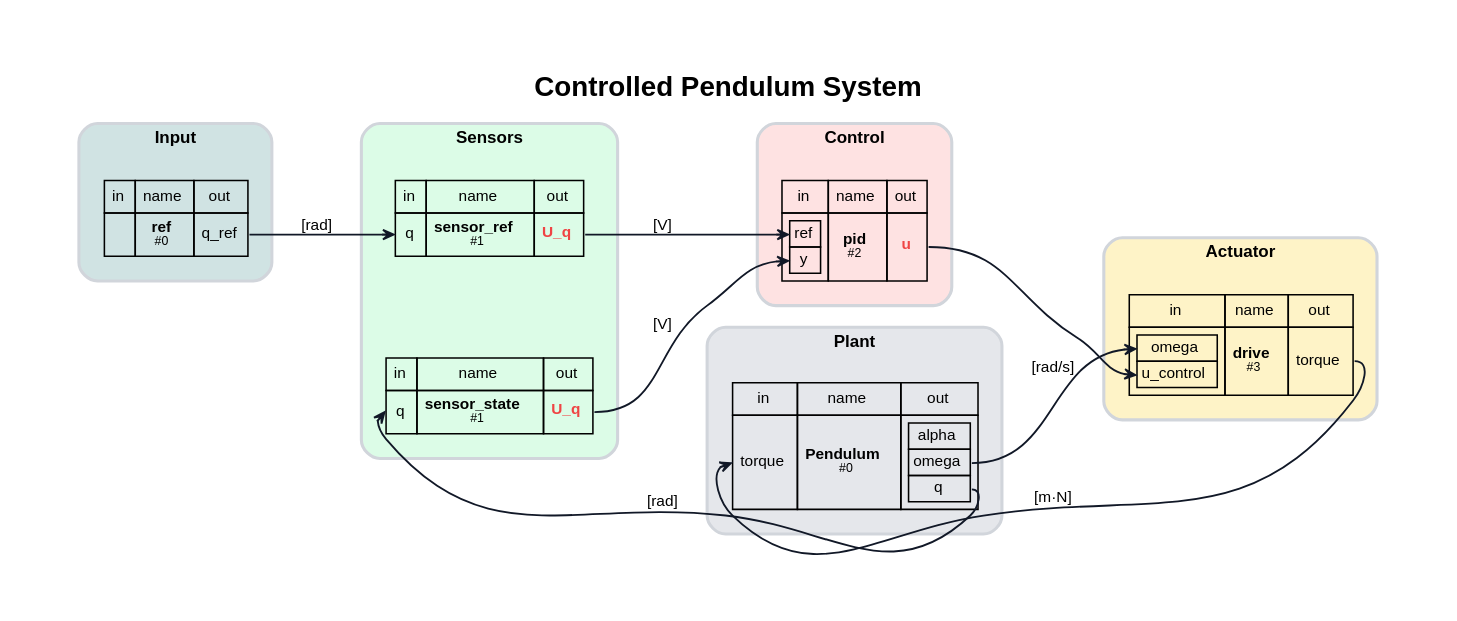
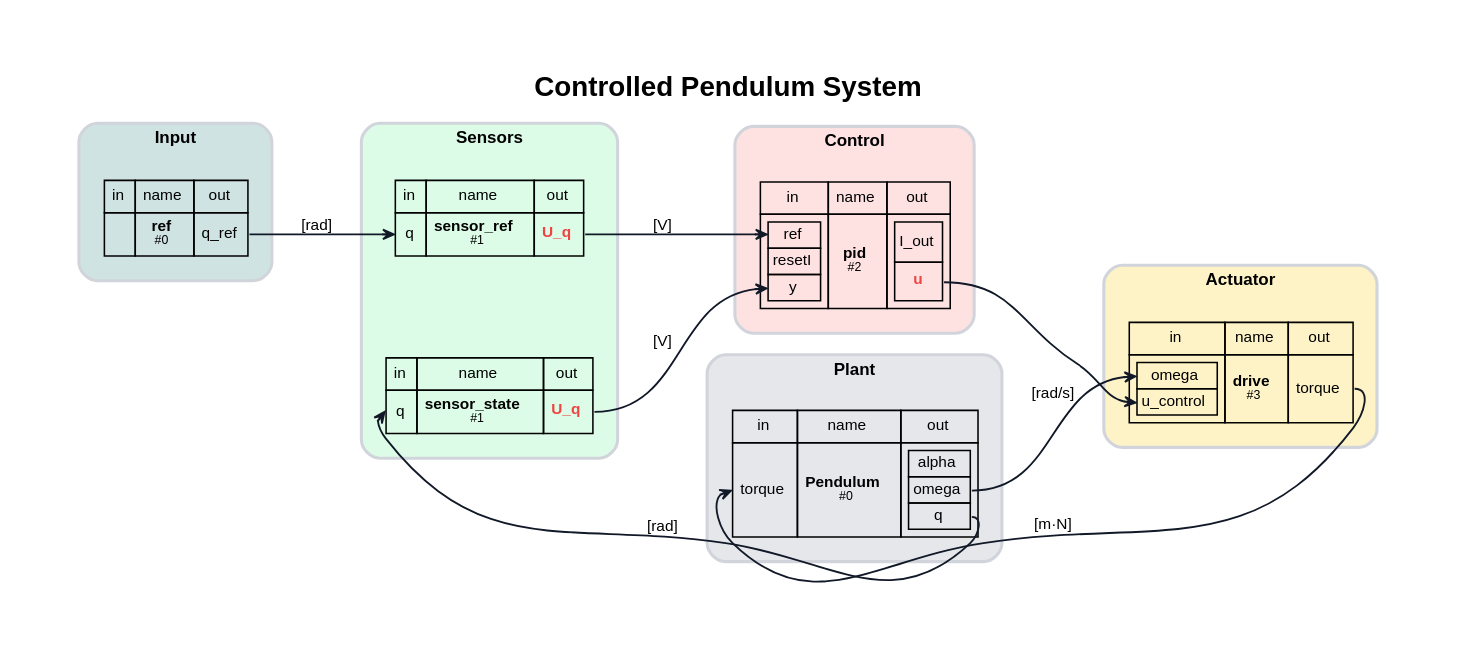
Before and after one commit to FlorianFrech/SystemSimulation: the diagram in demos/ControlledPendulum/Digraph.gv, drawn with Graphviz. The commit also changed 49 other files, not shown here.

```diff
--- a/demos/ControlledPendulum/Digraph.gv
+++ b/demos/ControlledPendulum/Digraph.gv
@@ -1,34 +1,34 @@
 // System: Controlled Pendulum System
 digraph {
 	graph [bgcolor=white compound=true esep=0 fontname="Helvetica-Bold" fontsize=18 label="Controlled Pendulum System" labelloc=t margin=0.2 nodesep=0.8 pad=0.5 rankdir=LR ranksep=0.8 sep=0 splines=true]
 	node [fillcolor=white fontname=Helvetica fontsize=10 margin="0.05,0.05" shape=plaintext style=""]
 	edge [arrowhead=vee arrowsize=0.7 arrowtail=none color="#111827" dir=forward fontname=Helvetica fontsize=10 labelangle=45 labelfontcolor="#374151" minlen=1.2 penwidth=1.2]
 	subgraph cluster_Input {
 		bgcolor="#d0e3e3" color="#d1d5db" fontname="Helvetica-Bold" fontsize=11 label=Input margin=12 penwidth=2 style=rounded
 		ref [label=<<TABLE BORDER="0" CELLBORDER="1" CELLSPACING="0" CELLPADDING="4"><TR><TD>in</TD><TD>name</TD><TD>out</TD></TR><TR><TD></TD><TD><B>ref</B><BR/><FONT POINT-SIZE="8">#0</FONT></TD><TD PORT="q_ref">q_ref</TD></TR></TABLE>>]
 	}
 	subgraph cluster_Sensors {
 		bgcolor="#dcfce7" color="#d1d5db" fontname="Helvetica-Bold" fontsize=11 label=Sensors margin=12 penwidth=2 style=rounded
 		sensor_ref [label=<<TABLE BORDER="0" CELLBORDER="1" CELLSPACING="0" CELLPADDING="4"><TR><TD>in</TD><TD>name</TD><TD>out</TD></TR><TR><TD PORT="q">q</TD><TD><B>sensor_ref</B><BR/><FONT POINT-SIZE="8">#1</FONT></TD><TD PORT="U_q"><FONT COLOR="#ef4444"><B>U_q</B></FONT></TD></TR></TABLE>>]
 		sensor_state [label=<<TABLE BORDER="0" CELLBORDER="1" CELLSPACING="0" CELLPADDING="4"><TR><TD>in</TD><TD>name</TD><TD>out</TD></TR><TR><TD PORT="q">q</TD><TD><B>sensor_state</B><BR/><FONT POINT-SIZE="8">#1</FONT></TD><TD PORT="U_q"><FONT COLOR="#ef4444"><B>U_q</B></FONT></TD></TR></TABLE>>]
 	}
 	subgraph cluster_Control {
 		bgcolor="#fee2e2" color="#d1d5db" fontname="Helvetica-Bold" fontsize=11 label=Control margin=12 penwidth=2 style=rounded
-		pid [label=<<TABLE BORDER="0" CELLBORDER="1" CELLSPACING="0" CELLPADDING="4"><TR><TD>in</TD><TD>name</TD><TD>out</TD></TR><TR><TD><TABLE BORDER="0" CELLBORDER="1" CELLSPACING="0" CELLPADDING="2"><TR><TD PORT="ref">ref</TD></TR><TR><TD PORT="y">y</TD></TR></TABLE></TD><TD><B>pid</B><BR/><FONT POINT-SIZE="8">#2</FONT></TD><TD PORT="u"><FONT COLOR="#ef4444"><B>u</B></FONT></TD></TR></TABLE>>]
+		pid [label=<<TABLE BORDER="0" CELLBORDER="1" CELLSPACING="0" CELLPADDING="4"><TR><TD>in</TD><TD>name</TD><TD>out</TD></TR><TR><TD><TABLE BORDER="0" CELLBORDER="1" CELLSPACING="0" CELLPADDING="2"><TR><TD PORT="ref">ref</TD></TR><TR><TD PORT="resetI">resetI</TD></TR><TR><TD PORT="y">y</TD></TR></TABLE></TD><TD><B>pid</B><BR/><FONT POINT-SIZE="8">#2</FONT></TD><TD><TABLE BORDER="0" CELLBORDER="1" CELLSPACING="0" CELLPADDING="2"><TR><TD PORT="I_out">I_out</TD></TR><TR><TD PORT="u"><FONT COLOR="#ef4444"><B>u</B></FONT></TD></TR></TABLE></TD></TR></TABLE>>]
 	}
 	subgraph cluster_Actuator {
 		bgcolor="#fef3c7" color="#d1d5db" fontname="Helvetica-Bold" fontsize=11 label=Actuator margin=12 penwidth=2 style=rounded
 		drive [label=<<TABLE BORDER="0" CELLBORDER="1" CELLSPACING="0" CELLPADDING="4"><TR><TD>in</TD><TD>name</TD><TD>out</TD></TR><TR><TD><TABLE BORDER="0" CELLBORDER="1" CELLSPACING="0" CELLPADDING="2"><TR><TD PORT="omega">omega</TD></TR><TR><TD PORT="u_control">u_control</TD></TR></TABLE></TD><TD><B>drive</B><BR/><FONT POINT-SIZE="8">#3</FONT></TD><TD PORT="torque">torque</TD></TR></TABLE>>]
 	}
 	subgraph cluster_Plant {
 		bgcolor="#e5e7eb" color="#d1d5db" fontname="Helvetica-Bold" fontsize=11 label=Plant margin=12 penwidth=2 style=rounded
 		Pendulum [label=<<TABLE BORDER="0" CELLBORDER="1" CELLSPACING="0" CELLPADDING="4"><TR><TD>in</TD><TD>name</TD><TD>out</TD></TR><TR><TD PORT="torque">torque</TD><TD><B>Pendulum</B><BR/><FONT POINT-SIZE="8">#0</FONT></TD><TD><TABLE BORDER="0" CELLBORDER="1" CELLSPACING="0" CELLPADDING="2"><TR><TD PORT="alpha">alpha</TD></TR><TR><TD PORT="omega">omega</TD></TR><TR><TD PORT="q">q</TD></TR></TABLE></TD></TR></TABLE>>]
 	}
 	ref -> sensor_ref [label="[rad]" color="#111827" headclip=true headport="q:w" style=solid tailclip=true tailport="q_ref:e"]
 	Pendulum -> sensor_state [label="[rad]" color="#111827" headclip=true headport="q:w" style=solid tailclip=true tailport="q:e"]
 	sensor_ref -> pid [label="[V]" color="#111827" headclip=true headport="ref:w" style=solid tailclip=true tailport="U_q:e"]
 	sensor_state -> pid [label="[V]" color="#111827" headclip=true headport="y:w" style=solid tailclip=true tailport="U_q:e"]
 	pid -> drive [label="" color="#111827" headclip=true headport="u_control:w" style=solid tailclip=true tailport="u:e"]
 	drive -> Pendulum [label="[m·N]" color="#111827" headclip=true headport="torque:w" style=solid tailclip=true tailport="torque:e"]
 	Pendulum -> drive [label="[rad/s]" color="#111827" headclip=true headport="omega:w" style=solid tailclip=true tailport="omega:e"]
 }
```
